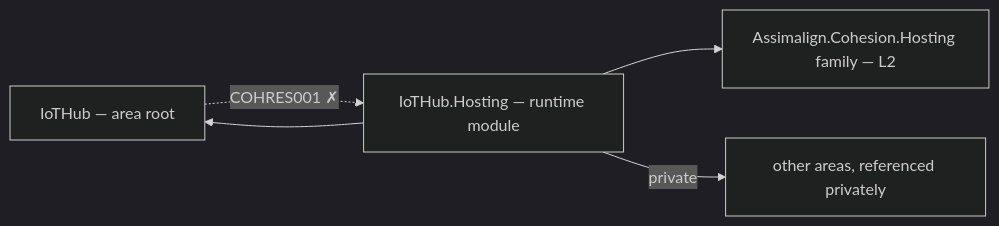
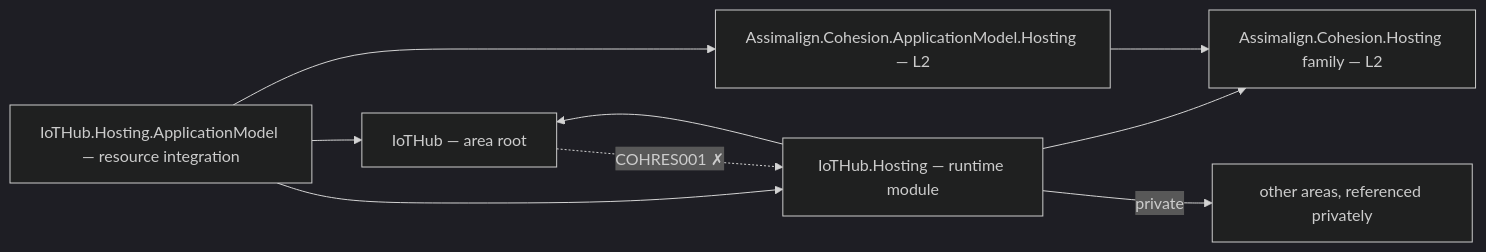
The diagram in resources/IoTHub/README.md (assimalign/cohesion), drawn with Mermaid (dark theme) before and after one commit. The commit also changed other lines of this file and 454 other files, not shown here.

First line of the commit message:
feat(resources): give every resource area a Hosting.ApplicationModel integration

````diff
--- a/resources/IoTHub/README.md
+++ b/resources/IoTHub/README.md
@@ -12,11 +12,17 @@
 ```mermaid
 flowchart LR
     P0["IoTHub — area root"]
     P2["IoTHub.Hosting — runtime module"]
+    PAM["IoTHub.Hosting.ApplicationModel — resource integration"]
+    AMH["Assimalign.Cohesion.ApplicationModel.Hosting — L2"]
     HOSTFAM["Assimalign.Cohesion.Hosting family — L2"]
     PRIV["other areas, referenced privately"]
     P2 --> HOSTFAM
     P2 --> P0
     P2 -->|"private"| PRIV
+    PAM --> P2
+    PAM --> P0
+    PAM --> AMH
+    AMH --> HOSTFAM
     P0 -.->|"COHRES001 ✗"| P2
 ```
````
